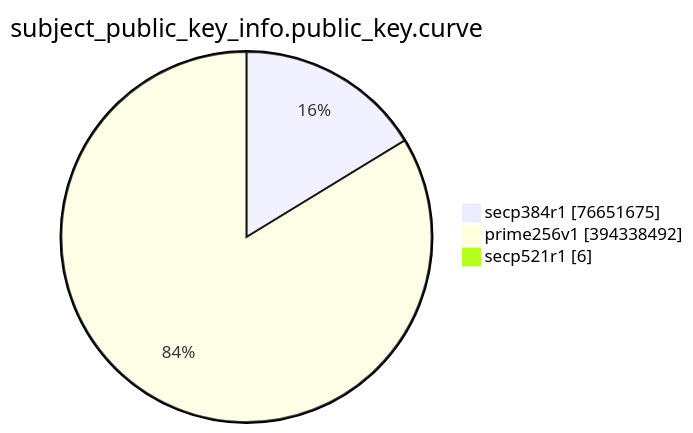
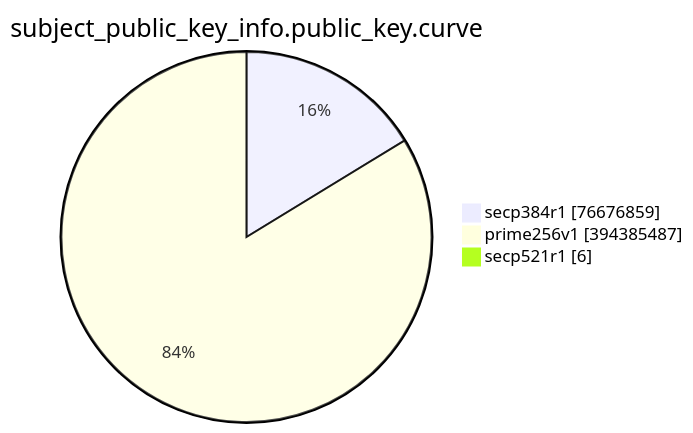
The eighth of 15 diagrams in TOTAL/README.md (christiankrug/ctmonitor_visualization), drawn with Mermaid before and after one commit. The commit also changed other lines of this file, not shown here.

````diff
--- a/TOTAL/README.md
+++ b/TOTAL/README.md
@@ -3094,7 +3094,7 @@
 ```mermaid
 pie showData
 title subject_public_key_info.public_key.curve
-"secp384r1" :76651675
-"prime256v1" :394338492
+"secp384r1" :76676859
+"prime256v1" :394385487
 "secp521r1" :6
 ```
````
